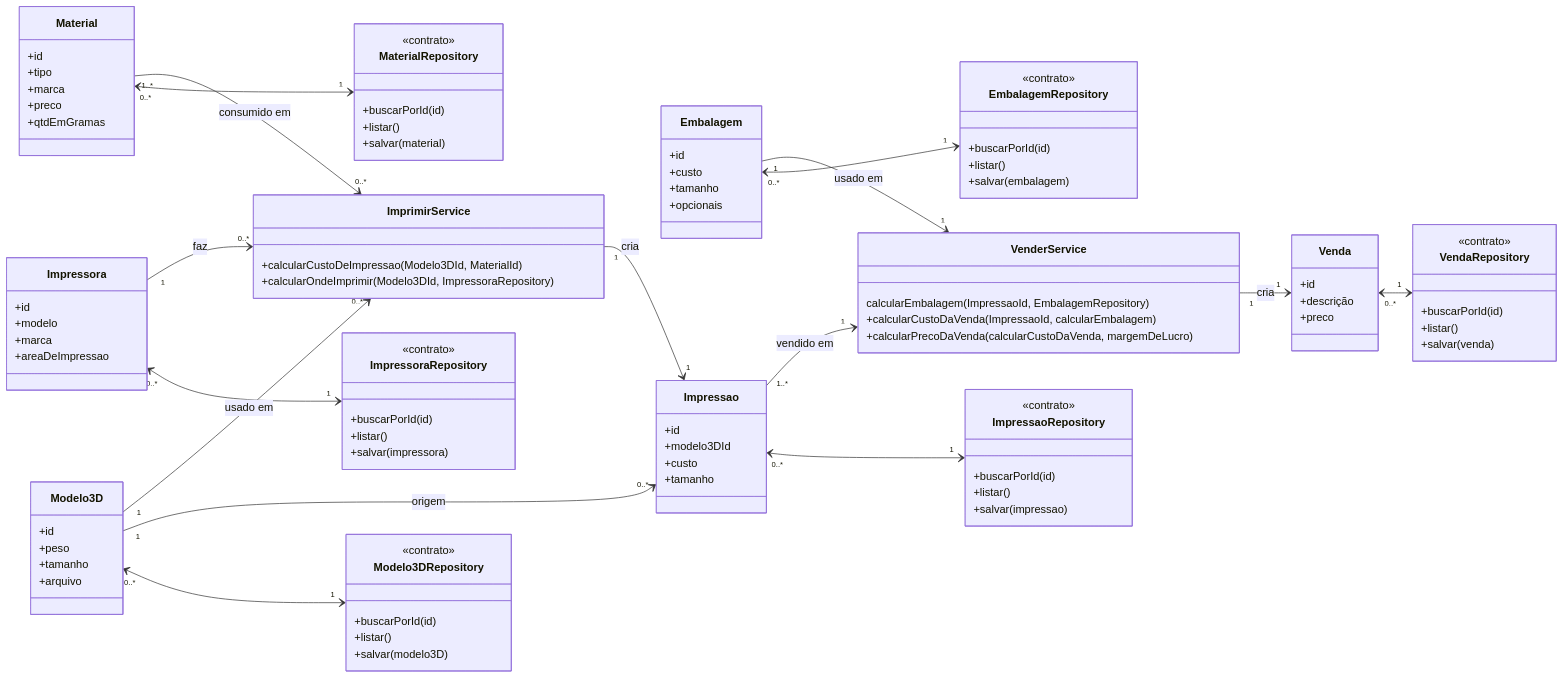
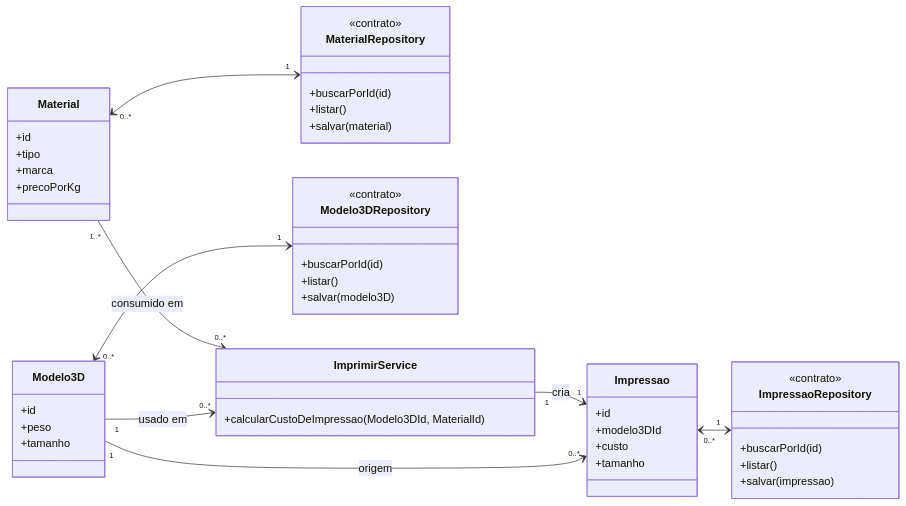
The diagram in MODELAGEM.md (ffelipeoliveira/progweb-p1-felipe-oliveira), drawn with Mermaid before and after one commit. The commit also changed other lines of this file and 37 other files, not shown here.

````diff
--- a/MODELAGEM.md
+++ b/MODELAGEM.md
@@ -24,114 +21,53 @@
 classDiagram
   direction LR
 
-  class Impressora {
-    +id
-    +modelo
-    +marca
-    +areaDeImpressao
-  }
   class Material {
     +id
     +tipo
     +marca
-    +preco
-    +qtdEmGramas
+    +precoPorKg
   }
   class Modelo3D {
     +id
     +peso
     +tamanho
-    +arquivo
   }
-  class Embalagem {
-    +id
-    +custo
-    +tamanho
-    +opcionais
-  }
-
   class Impressao {
     +id
     +modelo3DId
     +custo
     +tamanho
   }
-
-  class Venda {
-    +id
-    +descrição
-    +preco
-  }
-
   class MaterialRepository {
     <<contrato>>
     +buscarPorId(id)
     +listar()
     +salvar(material)
   }
-
   class Modelo3DRepository {
     <<contrato>>
     +buscarPorId(id)
     +listar()
     +salvar(modelo3D)
   }
-
-  class EmbalagemRepository {
-    <<contrato>>
-    +buscarPorId(id)
-    +listar()
-    +salvar(embalagem)
-  }
-
-  class ImpressoraRepository {
-    <<contrato>>
-    +buscarPorId(id)
-    +listar()
-    +salvar(impressora)
-  }
-
   class ImpressaoRepository {
     <<contrato>>
     +buscarPorId(id)
     +listar()
     +salvar(impressao)
   }
-
-  class VendaRepository {
-    <<contrato>>
-    +buscarPorId(id)
-    +listar()
-    +salvar(venda)
-  }
-
   class ImprimirService {
     +calcularCustoDeImpressao(Modelo3DId, MaterialId)
-    +calcularOndeImprimir(Modelo3DId, ImpressoraRepository)
-  }
-
-  class VenderService {
-    calcularEmbalagem(ImpressaoId, EmbalagemRepository)
-    +calcularCustoDaVenda(ImpressaoId, calcularEmbalagem)
-    +calcularPrecoDaVenda(calcularCustoDaVenda, margemDeLucro)
   }
 
   Material "1..*" --> "0..*" ImprimirService : consumido em
-  Impressora "1" --> "0..*" ImprimirService : faz
   Modelo3D "1" --> "0..*" ImprimirService : usado em
   ImprimirService "1" --> "1" Impressao : cria
   Modelo3D "1" --> "0..*" Impressao : origem
 
-  Impressao "1..*" --> "1" VenderService : vendido em
-  Embalagem "1" --> "1" VenderService : usado em
-  VenderService "1" --> "1" Venda : cria
-
   Material "0..*" <--> "1" MaterialRepository
-  Impressora "0..*" <--> "1" ImpressoraRepository
   Modelo3D "0..*" <--> "1" Modelo3DRepository
   Impressao "0..*" <--> "1" ImpressaoRepository
-  Embalagem "0..*" <--> "1" EmbalagemRepository
-  Venda "0..*" <--> "1" VendaRepository
 
 
 ```
````
